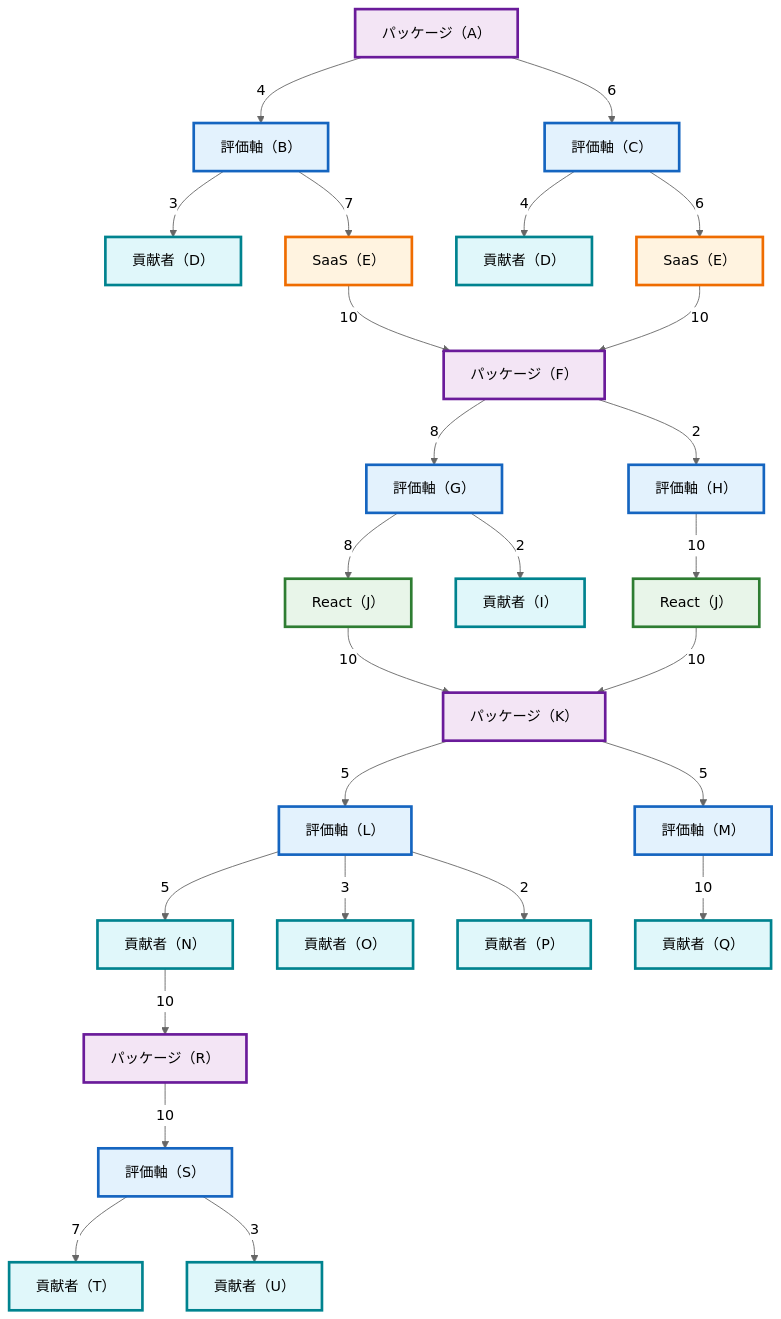
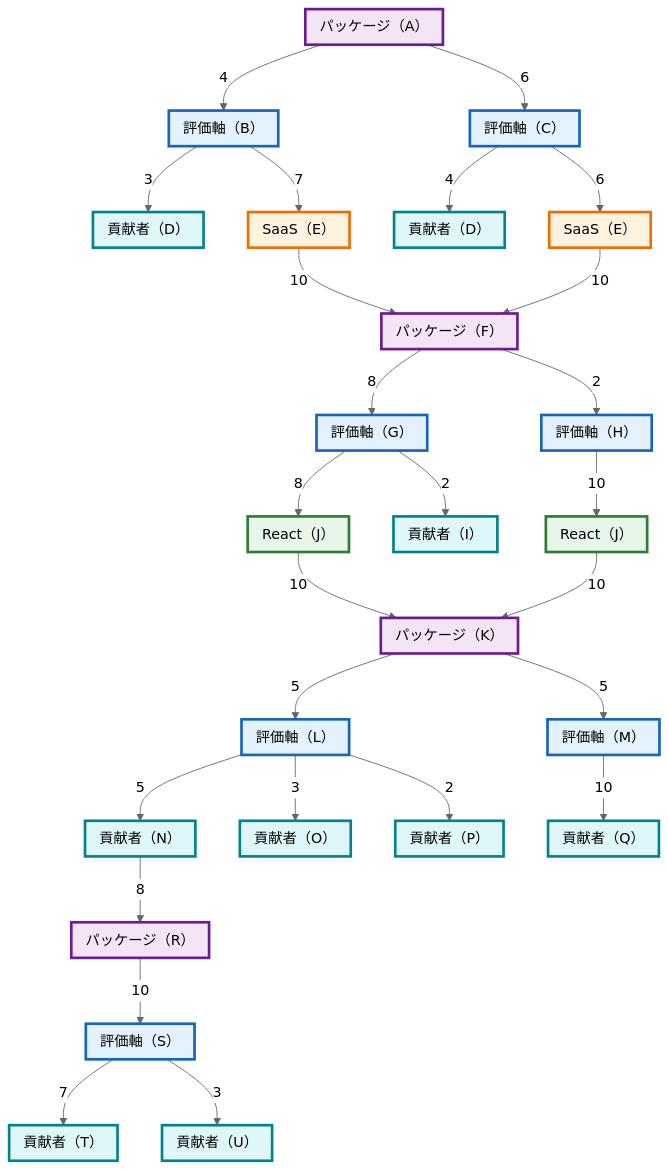
Before and after one commit to yuichisugio/freeism: the fifth of 5 diagrams in doc/freeism/note/note.ja.md, drawn with Mermaid (neutral theme). The commit also changed other lines of this file and 2 other files, not shown here.

````diff
--- a/doc/freeism/note/note.ja.md
+++ b/doc/freeism/note/note.ja.md
@@ -141,5 +144,7 @@
 ```mermaid
   flowchart TB
+
+  %%{init: {'flowchart': {'padding': 0}}}%%
 
   %% 変数
   package-a["パッケージ（A）"]
@@ -218,7 +223,7 @@
 
   evaluation-criteria-m -->|"10"| contributor-q-m
 
-  contributor-n-l -->|"10"| package-r
+  contributor-n-l -->|"8"| package-r
   package-r -->|"10"| evaluation-criteria-s
   evaluation-criteria-s -->|"7"| contributor-t
   evaluation-criteria-s -->|"3"| contributor-u
````
